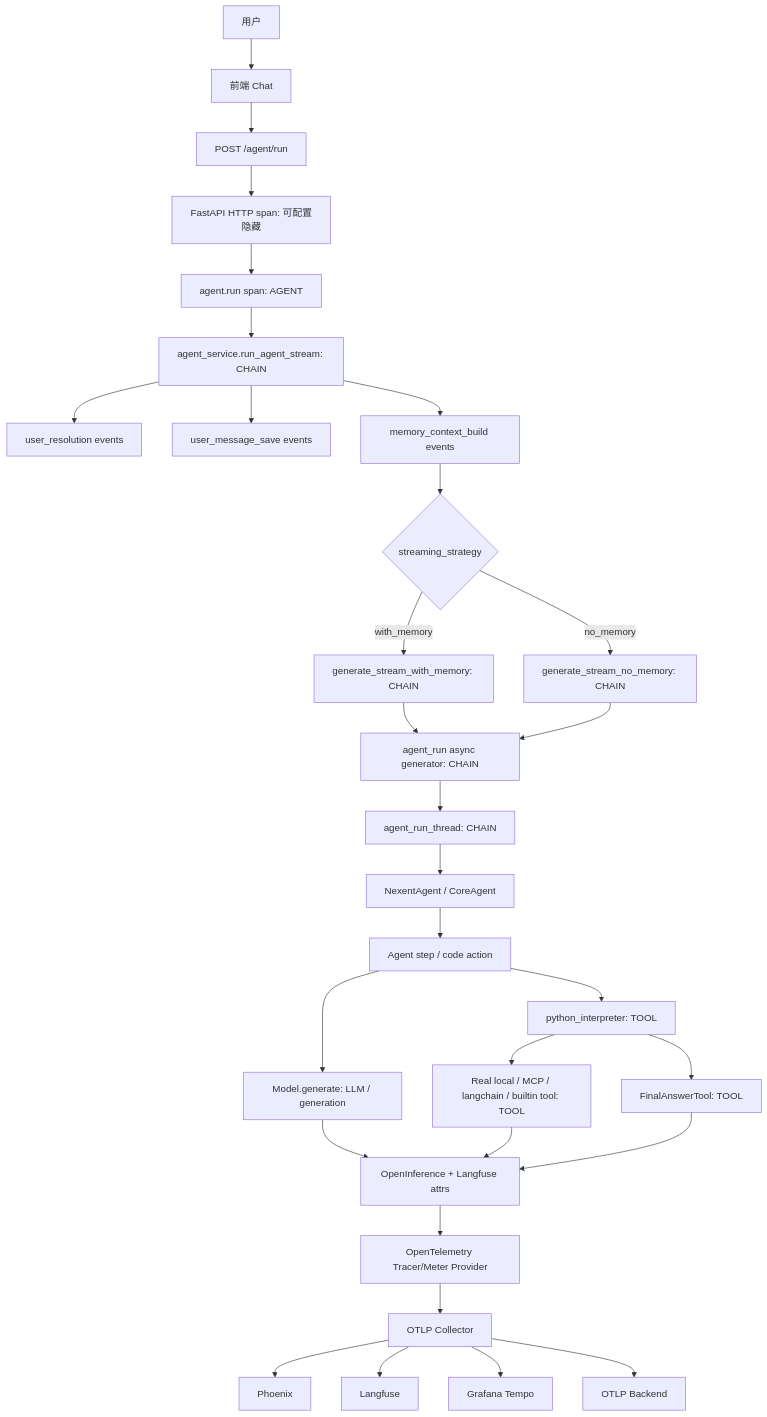
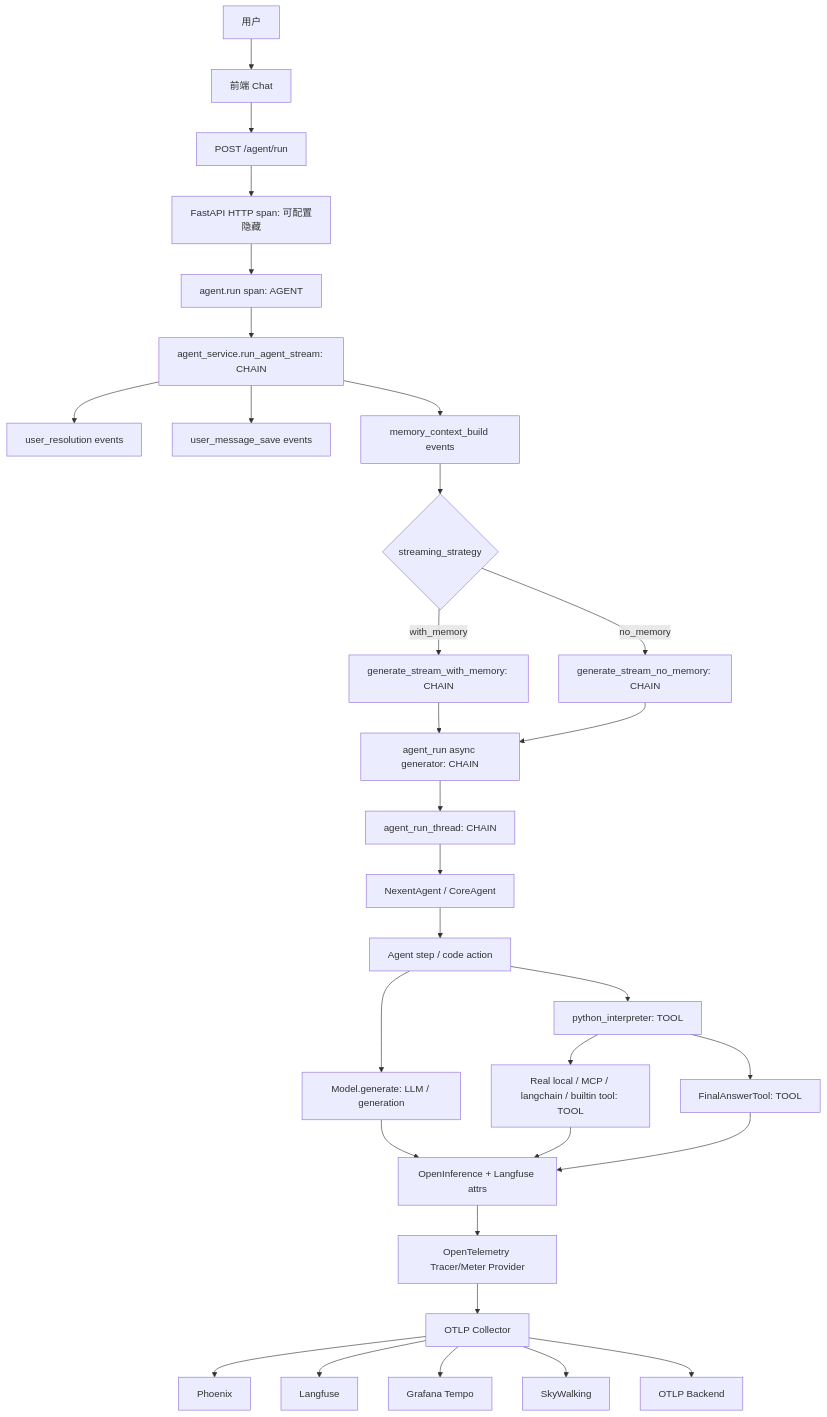
Before and after one commit to ModelEngine-Group/nexent: the second of 3 diagrams in doc/docs/zh/sdk/opentelemetry-design.md, drawn with Mermaid. The commit also changed other lines of this file and 13 other files, not shown here.

Commit message:
✨ Feat: Add support for Apache SkyWalking as a monitoring provider, including configuration and documentation updates

````diff
--- a/doc/docs/zh/sdk/opentelemetry-design.md
+++ b/doc/docs/zh/sdk/opentelemetry-design.md
@@ -444,32 +486,33 @@
 ```mermaid
 flowchart TD
   U[用户] --> FE[前端 Chat]
   FE --> API[POST /agent/run]
   API --> HTTP[FastAPI HTTP span: 可配置隐藏]
   HTTP --> A0[agent.run span: AGENT]
   A0 --> S1[agent_service.run_agent_stream: CHAIN]
   S1 --> R[user_resolution events]
   S1 --> Save[user_message_save events]
   S1 --> Mem[memory_context_build events]
   Mem --> Strategy{streaming_strategy}
   Strategy -->|with_memory| G1[generate_stream_with_memory: CHAIN]
   Strategy -->|no_memory| G2[generate_stream_no_memory: CHAIN]
   G1 --> AR[agent_run async generator: CHAIN]
   G2 --> AR
   AR --> Thread[agent_run_thread: CHAIN]
   Thread --> NX[NexentAgent / CoreAgent]
   NX --> Step[Agent step / code action]
   Step --> LLM[Model.generate: LLM / generation]
   Step --> PY[python_interpreter: TOOL]
   PY --> Tool[Real local / MCP / langchain / builtin tool: TOOL]
   PY --> Final[FinalAnswerTool: TOOL]
   LLM --> Attr1[OpenInference + Langfuse attrs]
   Tool --> Attr1
   Final --> Attr1
   Attr1 --> OTel[OpenTelemetry Tracer/Meter Provider]
   OTel --> Collector[OTLP Collector]
   Collector --> Phoenix[Phoenix]
   Collector --> Langfuse[Langfuse]
   Collector --> Tempo[Grafana Tempo]
+  Collector --> SkyWalking[SkyWalking]
   Collector --> Other[OTLP Backend]
 ```
````
